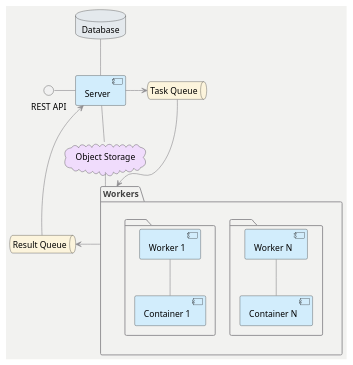
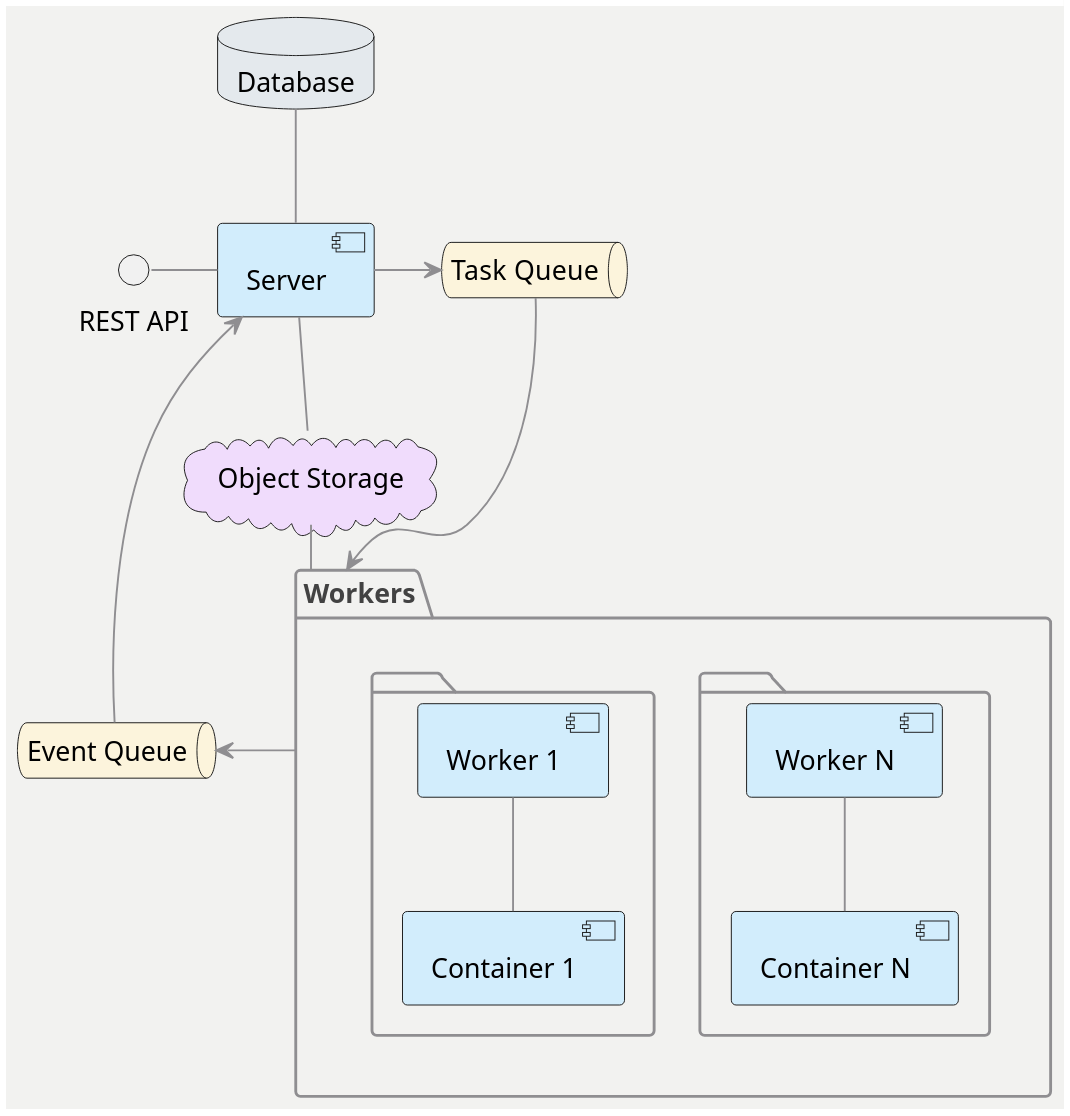
The diagram in design/uml/components.puml (pasha-krizsky/CES), drawn with PlantUML before and after one commit. The commit also changed 4 other files, not shown here.

Commit message:
Add worker lifecycle diagram

```diff
--- a/design/uml/components.puml
+++ b/design/uml/components.puml
@@ -1,49 +1,51 @@
 @startuml
+
+skinparam dpi 300
 
 skinparam {
     BackgroundColor    #f2f2f0
     BorderColor        #8f8e91
     PackageBorderColor #8f8e91
     ArrowColor         #8f8e91
     PackageFontColor   #424242
 }
 
 skinparam component {
     BackgroundColor #d2edfc
 }
 skinparam queue {
     BackgroundColor #fcf4dc
 }
 skinparam cloud {
     BackgroundColor #f0dcfc
 }
 skinparam database {
     BackgroundColor #e4e9ed
 }
 
 interface "REST API" as REST
 
 [Server] as Server
 package "Workers" as Workers {
   package {
       [Worker N]-down-[Container N]
   }
   package {
       [Worker 1]-down-[Container 1]
   }
 }
 database "Database" as Database
 cloud "Object Storage" as ObjectStorage
 queue "Task Queue" as TaskQueue
-queue "Result Queue" as ResultQueue
+queue "Event Queue" as EventQueue
 
 REST - [Server]
 Server -up- Database
 Server -down- ObjectStorage
 Server -right-> TaskQueue
 TaskQueue -right-> Workers
-Workers -left-> ResultQueue
-ResultQueue -left-> Server
+Workers -left-> EventQueue
+EventQueue -left-> Server
 ObjectStorage -- Workers
 
 @enduml
```
